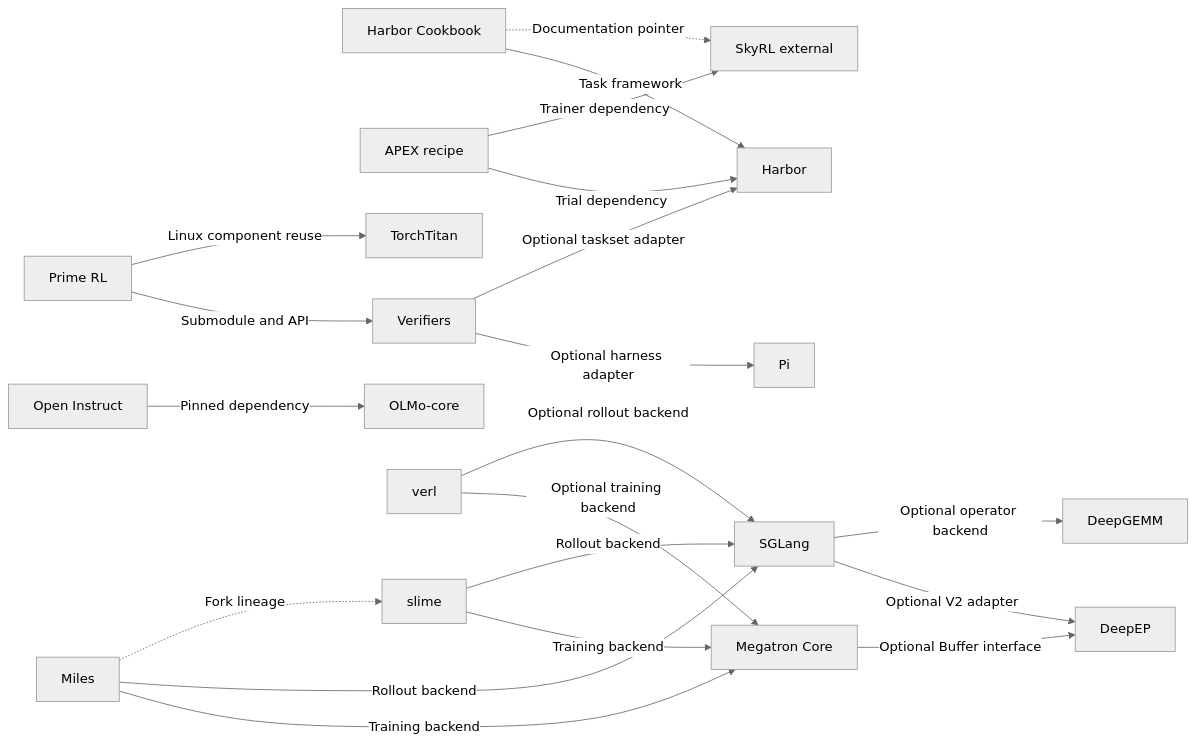
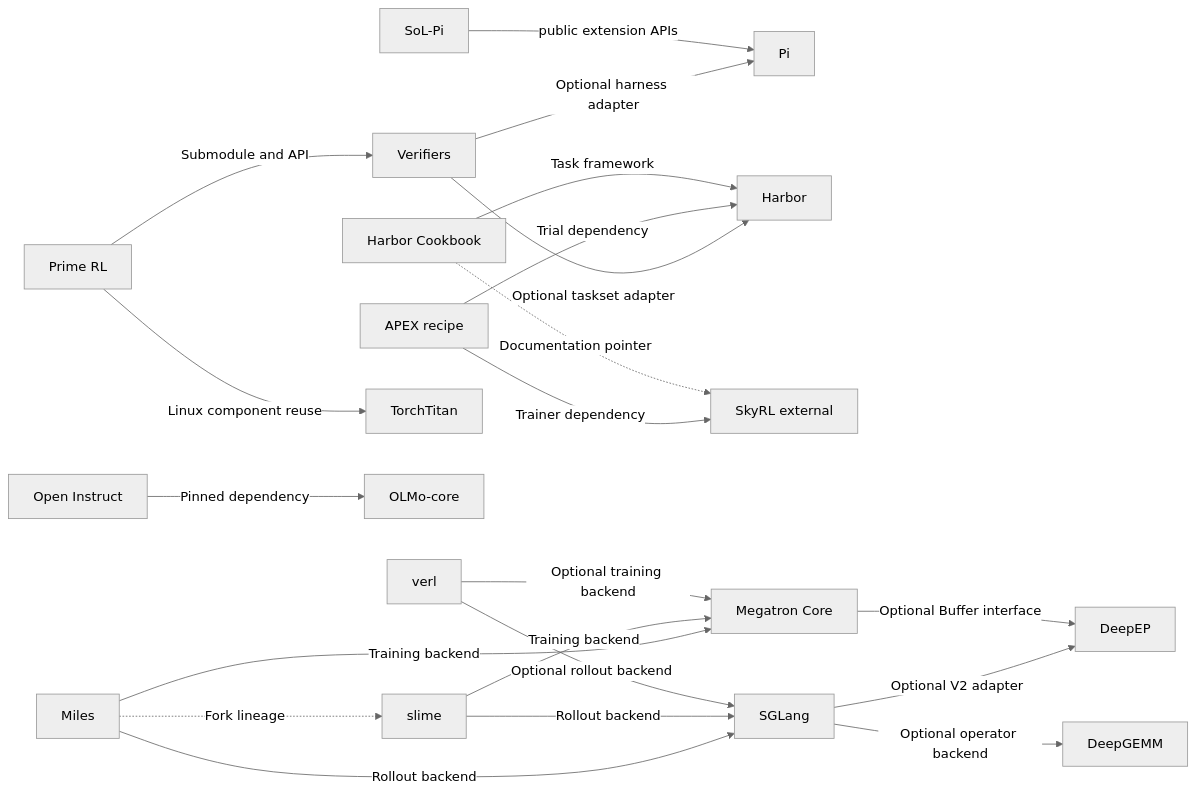
The diagram in translations/en/REPO_RELATIONSHIPS.md (yubol-bobo/frontier_llm_handbook), drawn with Mermaid (neutral theme) before and after one commit. The commit also changed other lines of this file and 44 other files, not shown here.

````diff
--- a/translations/en/REPO_RELATIONSHIPS.md
+++ b/translations/en/REPO_RELATIONSHIPS.md
@@ -13,22 +13,23 @@
 ```mermaid
 flowchart LR
+  SoLPi[SoL-Pi] -->|public extension APIs| Pi
   Cookbook[Harbor Cookbook] -->|Task framework| Harbor[Harbor]
   Cookbook -.->|Documentation pointer| SkyRL[SkyRL external]
   APEX[APEX recipe] -->|Trial dependency| Harbor
   APEX -->|Trainer dependency| SkyRL
   Prime[Prime RL] -->|Submodule and API| VF[Verifiers]
   Prime -->|Linux component reuse| Titan[TorchTitan]
   VF -->|Optional harness adapter| Pi[Pi]
   VF -->|Optional taskset adapter| Harbor
   OI[Open Instruct] -->|Pinned dependency| OLMo[OLMo-core]
   Verl[verl] -->|Optional training backend| Mega[Megatron Core]
   Verl -->|Optional rollout backend| SGLang[SGLang]
   Slime[slime] -->|Training backend| Mega
   Slime -->|Rollout backend| SGLang
   Miles[Miles] -->|Training backend| Mega
   Miles -->|Rollout backend| SGLang
   Miles -.->|Fork lineage| Slime
   Mega -->|Optional Buffer interface| EP[DeepEP]
   SGLang -->|Optional V2 adapter| EP
   SGLang -->|Optional operator backend| GEMM[DeepGEMM]
 ```
````
